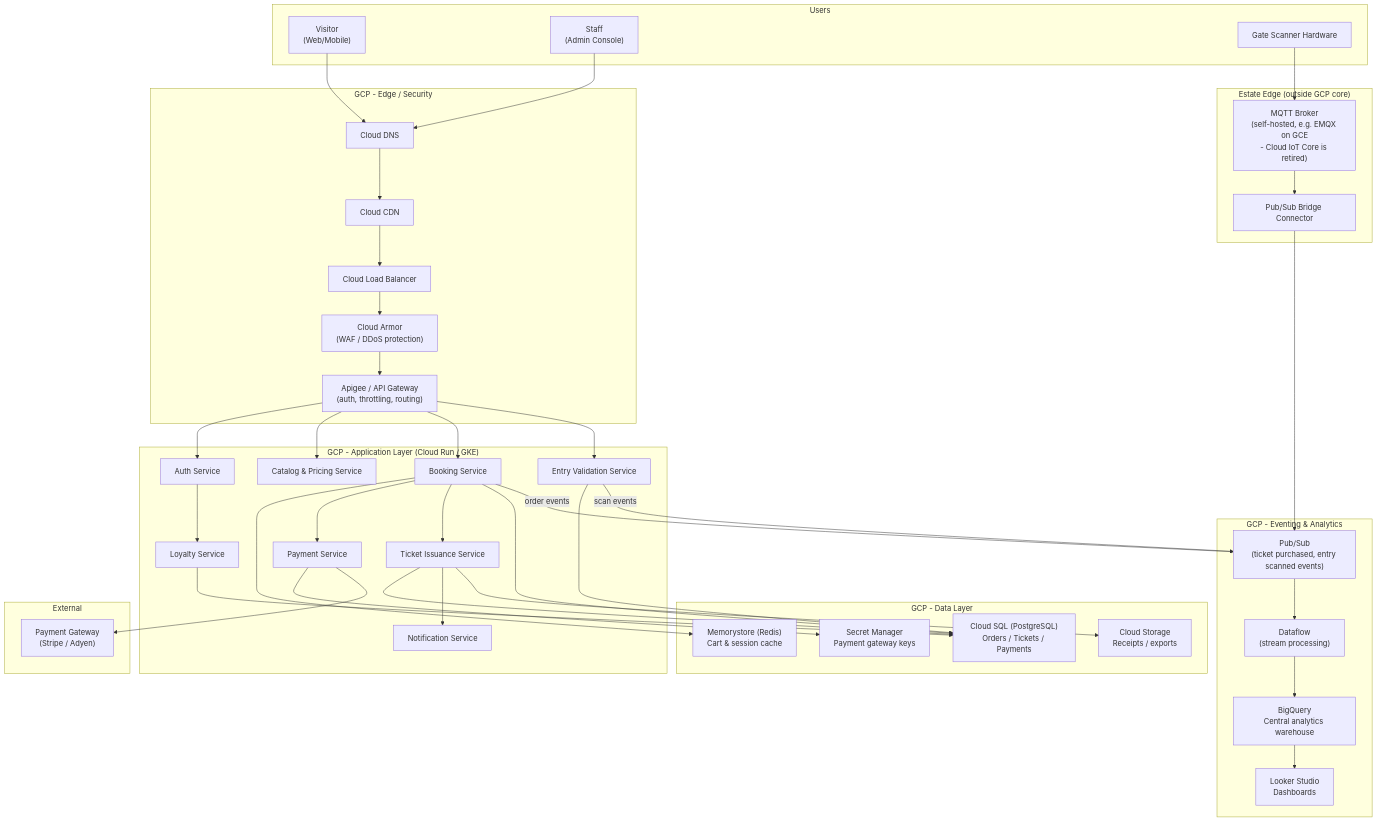
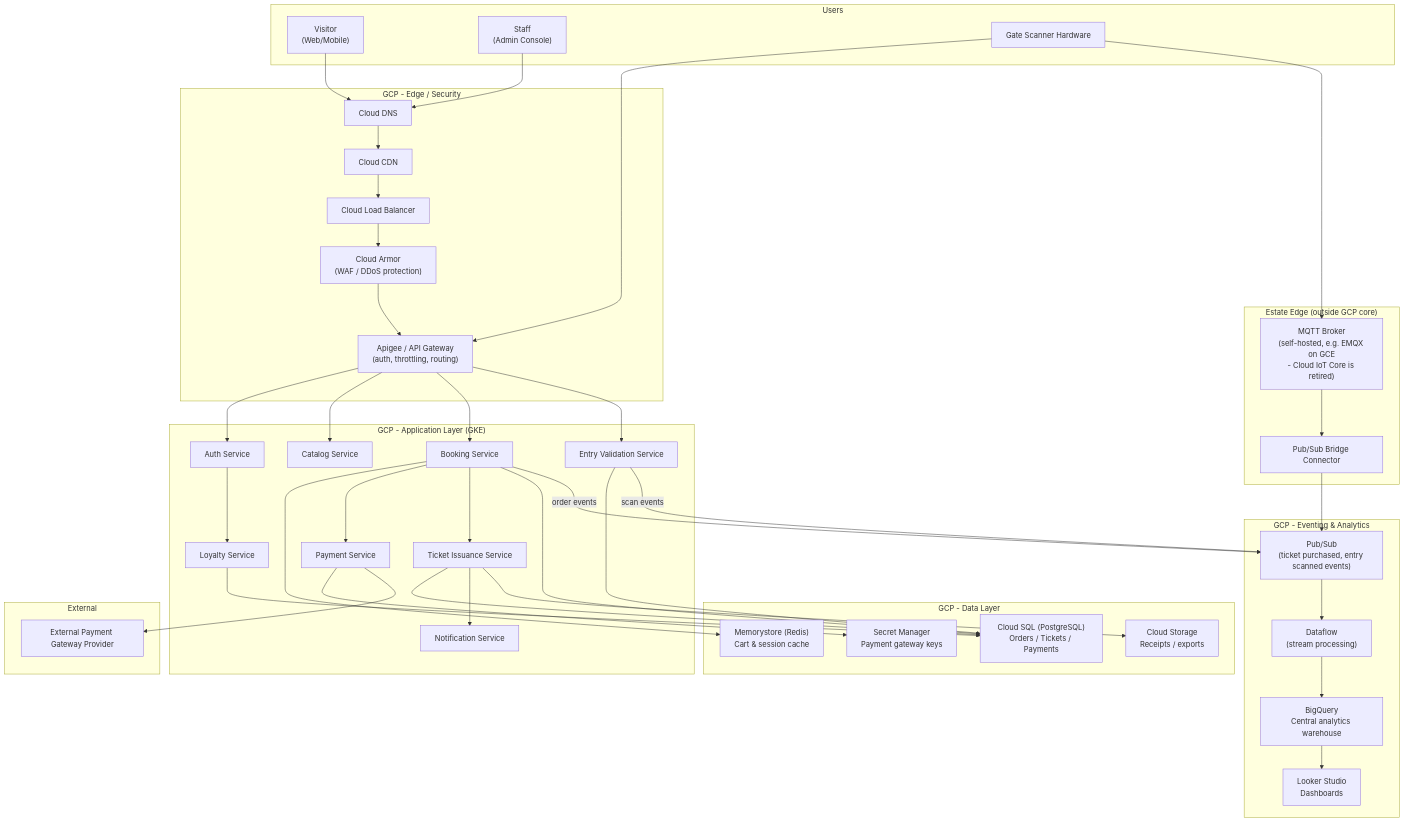
The diagram in hld/ticketing_system/infra.md (prafulnaveen/Marsian), drawn with Mermaid before and after one commit. The commit also changed other lines of this file, not shown here.

````diff
--- a/hld/ticketing_system/infra.md
+++ b/hld/ticketing_system/infra.md
@@ -5,80 +28,81 @@
 ```mermaid
 flowchart TB
 
     subgraph USERS["Users"]
         VISITOR["Visitor\n(Web/Mobile)"]
         STAFF["Staff\n(Admin Console)"]
         GATE["Gate Scanner Hardware"]
     end
 
     subgraph GCPEDGE["GCP - Edge / Security"]
         DNS["Cloud DNS"]
         CDN["Cloud CDN"]
         LB["Cloud Load Balancer"]
         ARMOR["Cloud Armor\n(WAF / DDoS protection)"]
         APIGW["Apigee / API Gateway\n(auth, throttling, routing)"]
     end
 
-    subgraph GCPCOMPUTE["GCP - Application Layer (Cloud Run / GKE)"]
+    subgraph GCPCOMPUTE["GCP - Application Layer (GKE)"]
         SVC_AUTH["Auth Service"]
-        SVC_CATALOG["Catalog & Pricing Service"]
+        SVC_CATALOG["Catalog Service"]
         SVC_BOOKING["Booking Service"]
         SVC_PAYMENT["Payment Service"]
         SVC_ISSUANCE["Ticket Issuance Service"]
         SVC_VALIDATE["Entry Validation Service"]
         SVC_LOYALTY["Loyalty Service"]
         SVC_NOTIFY["Notification Service"]
     end
 
     subgraph GCPDATA["GCP - Data Layer"]
         CLOUDSQL["Cloud SQL (PostgreSQL)\nOrders / Tickets / Payments"]
         MEMSTORE["Memorystore (Redis)\nCart & session cache"]
         SECRETS["Secret Manager\nPayment gateway keys"]
         GCS["Cloud Storage\nReceipts / exports"]
     end
 
     subgraph GCPSTREAM["GCP - Eventing & Analytics"]
         PUBSUB["Pub/Sub\n(ticket purchased, entry scanned events)"]
         DATAFLOW["Dataflow\n(stream processing)"]
         BQ["BigQuery\nCentral analytics warehouse"]
         LOOKER["Looker Studio\nDashboards"]
     end
 
     subgraph GCPEDGEIOT["Estate Edge (outside GCP core)"]
         MQTTBROKER["MQTT Broker\n(self-hosted, e.g. EMQX on GCE\n- Cloud IoT Core is retired)"]
         IOTBRIDGE["Pub/Sub Bridge Connector"]
     end
 
     subgraph EXTPAY["External"]
-        PAYGATEWAY["Payment Gateway\n(Stripe / Adyen)"]
+        PAYGATEWAY["External Payment Gateway Provider"]
     end
 
     VISITOR --> DNS --> CDN --> LB
     STAFF --> DNS
     LB --> ARMOR --> APIGW
 
     APIGW --> SVC_AUTH
     APIGW --> SVC_CATALOG
     APIGW --> SVC_BOOKING
     APIGW --> SVC_VALIDATE
 
     SVC_BOOKING --> MEMSTORE
     SVC_BOOKING --> SVC_PAYMENT
     SVC_PAYMENT --> SECRETS
     SVC_PAYMENT --> PAYGATEWAY
     SVC_BOOKING --> SVC_ISSUANCE
     SVC_ISSUANCE --> CLOUDSQL
     SVC_ISSUANCE --> SVC_NOTIFY
     SVC_ISSUANCE --> GCS
 
     SVC_AUTH --> SVC_LOYALTY
     SVC_LOYALTY --> CLOUDSQL
     SVC_VALIDATE --> CLOUDSQL
     SVC_BOOKING --> CLOUDSQL
 
+    GATE --> APIGW
     GATE --> MQTTBROKER --> IOTBRIDGE --> PUBSUB
     SVC_VALIDATE -->|"scan events"| PUBSUB
     SVC_BOOKING -->|"order events"| PUBSUB
 
     PUBSUB --> DATAFLOW --> BQ --> LOOKER
 ```
````
